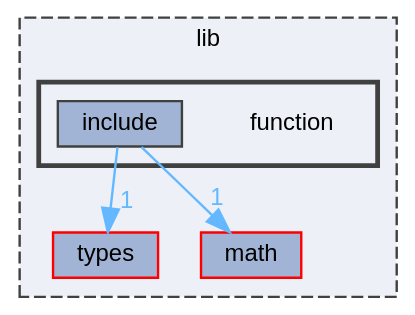
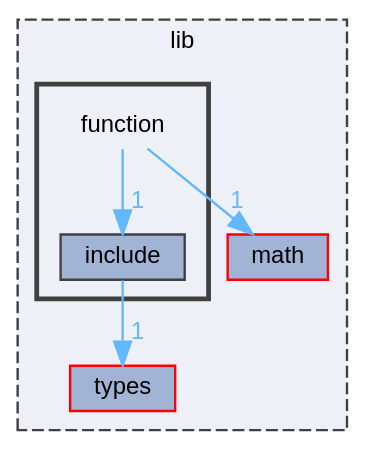
Before and after one commit to pawelekg95/algopp: the diagram in dir_3b39e246e957d89ef5380b11409e8380_dep.dot, drawn with Graphviz. The commit also changed 57 other files, not shown here.

```diff
--- a/dir_3b39e246e957d89ef5380b11409e8380_dep.dot
+++ b/dir_3b39e246e957d89ef5380b11409e8380_dep.dot
@@ -1,20 +1,21 @@
 digraph "lib/function"
 {
  // LATEX_PDF_SIZE
   bgcolor="transparent";
   edge [fontname=Helvetica,fontsize=10,labelfontname=Helvetica,labelfontsize=10];
   node [fontname=Helvetica,fontsize=10,shape=box,height=0.2,width=0.4];
   compound=true
   subgraph clusterdir_97aefd0d527b934f1d99a682da8fe6a9 {
     graph [ bgcolor="#edf0f7", pencolor="grey25", label="lib", fontname=Helvetica,fontsize=10 style="filled,dashed", URL="dir_97aefd0d527b934f1d99a682da8fe6a9.html",tooltip=""]
+  dir_a36354df93aef5eec904487b77fa4fab [label="math", fillcolor="#a2b4d6", color="red", style="filled", URL="dir_a36354df93aef5eec904487b77fa4fab.html",tooltip=""];
   dir_560694f03ee5bf1136d79e4f1ca1ca37 [label="types", fillcolor="#a2b4d6", color="red", style="filled", URL="dir_560694f03ee5bf1136d79e4f1ca1ca37.html",tooltip=""];
-  dir_a36354df93aef5eec904487b77fa4fab [label="math", fillcolor="#a2b4d6", color="red", style="filled", URL="dir_a36354df93aef5eec904487b77fa4fab.html",tooltip=""];
   subgraph clusterdir_3b39e246e957d89ef5380b11409e8380 {
     graph [ bgcolor="#edf0f7", pencolor="grey25", label="", fontname=Helvetica,fontsize=10 style="filled,bold", URL="dir_3b39e246e957d89ef5380b11409e8380.html",tooltip=""]
     dir_3b39e246e957d89ef5380b11409e8380 [shape=plaintext, label="function"];
   dir_766577a5e54e7f83eca4fd0ff9ff5c76 [label="include", fillcolor="#a2b4d6", color="grey25", style="filled", URL="dir_766577a5e54e7f83eca4fd0ff9ff5c76.html",tooltip=""];
   }
   }
+  dir_3b39e246e957d89ef5380b11409e8380->dir_766577a5e54e7f83eca4fd0ff9ff5c76 [headlabel="1", labeldistance=1.5 headhref="dir_000011_000017.html" color="steelblue1" fontcolor="steelblue1"];
+  dir_3b39e246e957d89ef5380b11409e8380->dir_a36354df93aef5eec904487b77fa4fab [headlabel="1", labeldistance=1.5 headhref="dir_000011_000023.html" color="steelblue1" fontcolor="steelblue1"];
   dir_766577a5e54e7f83eca4fd0ff9ff5c76->dir_560694f03ee5bf1136d79e4f1ca1ca37 [headlabel="1", labeldistance=1.5 headhref="dir_000017_000028.html" color="steelblue1" fontcolor="steelblue1"];
-  dir_766577a5e54e7f83eca4fd0ff9ff5c76->dir_a36354df93aef5eec904487b77fa4fab [headlabel="1", labeldistance=1.5 headhref="dir_000017_000023.html" color="steelblue1" fontcolor="steelblue1"];
 }
```
